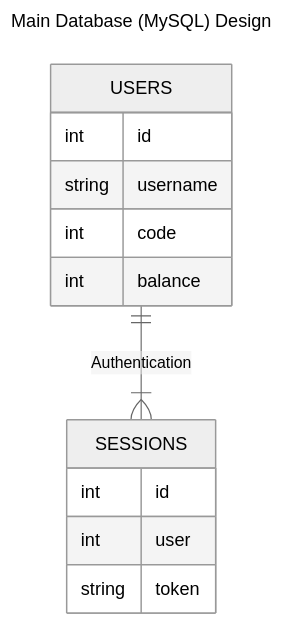
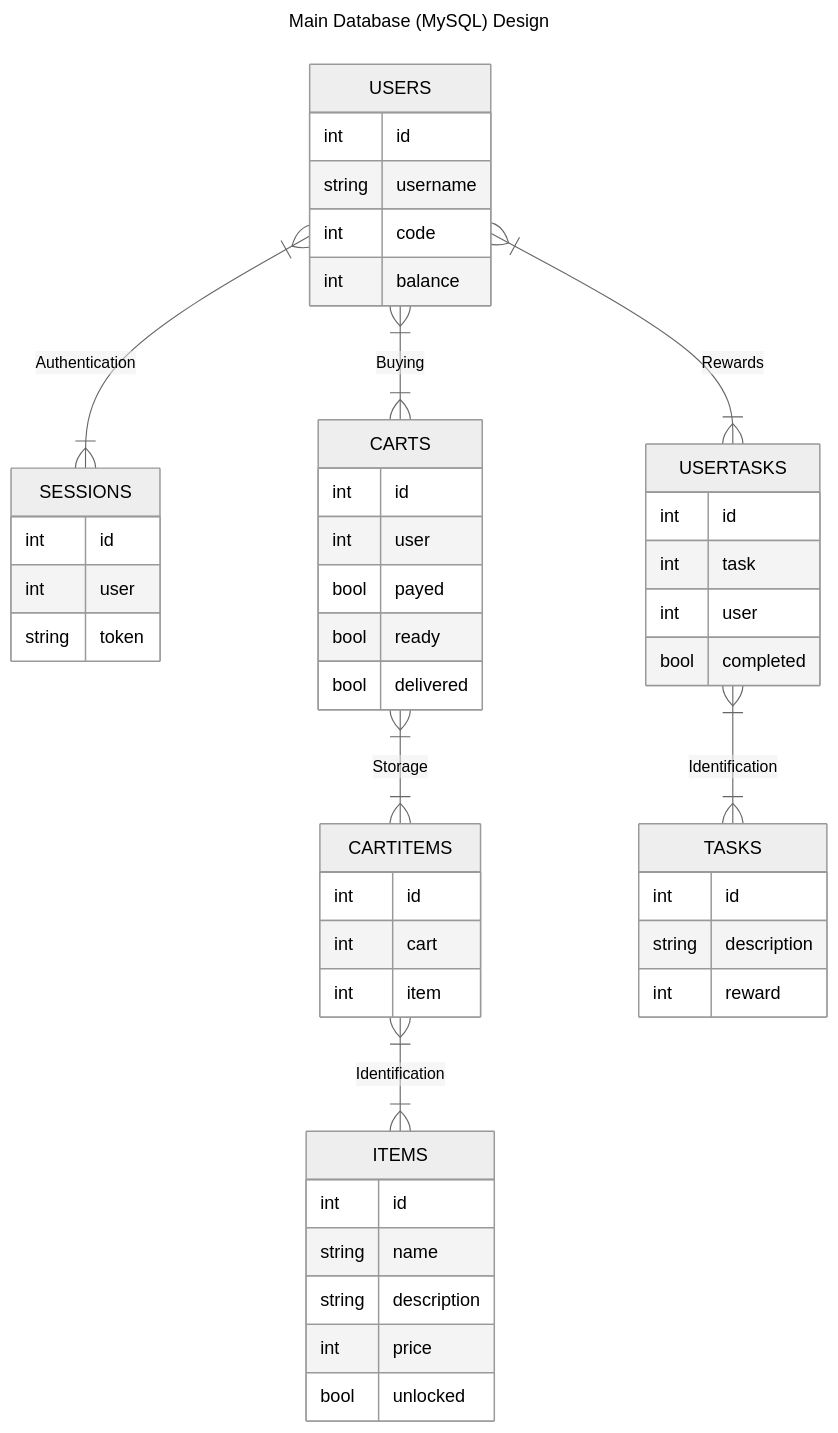
Before and after one commit to Sandj04/InebriatingZenith: the diagram in design/database.md, drawn with Mermaid (neutral theme).

Commit message:
Add database design for items and tasks

````diff
--- a/design/database.md
+++ b/design/database.md
@@ -5,19 +5,59 @@
 ```mermaid
 ---
 title: Main Database (MySQL) Design
 ---
 
 erDiagram
     USERS {
         int id
         string username
         int code
         int balance
     }
     SESSIONS {
         int id
         int user
         string token
     }
-    USERS ||--|{ SESSIONS : Authentication
+    USERS }|--|{ SESSIONS : Authentication
+
+    CARTS {
+        int id
+        int user
+        bool payed
+        bool ready
+        bool delivered
+    }
+    USERS }|--|{ CARTS : Buying
+
+    CARTITEMS {
+        int id
+        int cart
+        int item
+    }
+    CARTS }|--|{ CARTITEMS : Storage
+
+    ITEMS {
+        int id
+        string name
+        string description
+        int price
+        bool unlocked
+    }
+    CARTITEMS }|--|{ ITEMS : Identification
+
+    USERTASKS {
+        int id
+        int task
+        int user
+        bool completed
+    }
+    USERS }|--|{ USERTASKS : Rewards
+
+    TASKS {
+        int id
+        string description
+        int reward
+    }
+    USERTASKS }|--|{ TASKS : Identification
 ```
````
